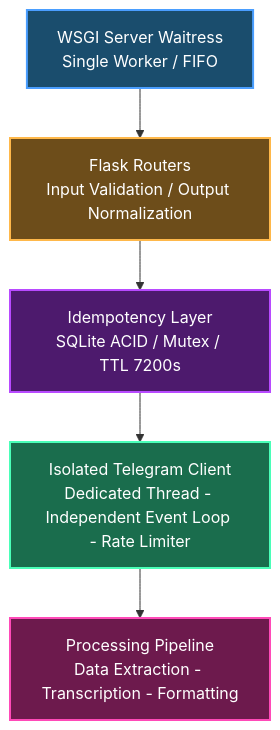
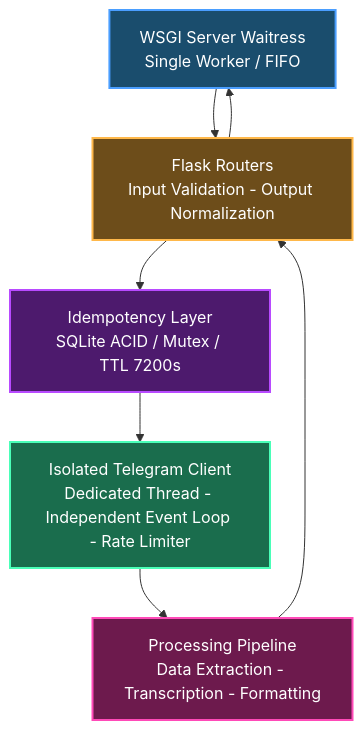
Before and after one commit to FullCotonAlchimist/tg-server-public: the diagram in README.md, drawn with Mermaid.

````diff
--- a/README.md
+++ b/README.md
@@ -38,19 +38,21 @@
 ```mermaid
 graph TB
     HTTP[WSGI Server Waitress<br/>Single Worker / FIFO]
-    Flask[Flask Routers<br/>Input Validation / Output Normalization]
+    Flask[Flask Routers<br/>Input Validation - Output Normalization]
     Cache[Idempotency Layer<br/>SQLite ACID / Mutex / TTL 7200s]
     Telegram[Isolated Telegram Client<br/>Dedicated Thread - Independent Event Loop - Rate Limiter]
-    Pipeline[Processing Pipeline<br/>Data Extraction - Transcription - Formatting]
-    
+    Processing[Processing Pipeline<br/>Data Extraction - Transcription - Formatting]
+
     HTTP --> Flask
     Flask --> Cache
     Cache --> Telegram
-    Telegram --> Pipeline
-    
+    Telegram --> Processing
+    Processing --> Flask
+    Flask --> HTTP
+
     style HTTP fill:#1a4d6d,stroke:#4a9eff,stroke-width:2px,color:#fff
     style Flask fill:#6d4d1a,stroke:#ffb84a,stroke-width:2px,color:#fff
     style Cache fill:#4d1a6d,stroke:#b84aff,stroke-width:2px,color:#fff
     style Telegram fill:#1a6d4d,stroke:#4affb8,stroke-width:2px,color:#fff
-    style Pipeline fill:#6d1a4d,stroke:#ff4ab8,stroke-width:2px,color:#fff
+    style Processing fill:#6d1a4d,stroke:#ff4ab8,stroke-width:2px,color:#fff
 ```
````
